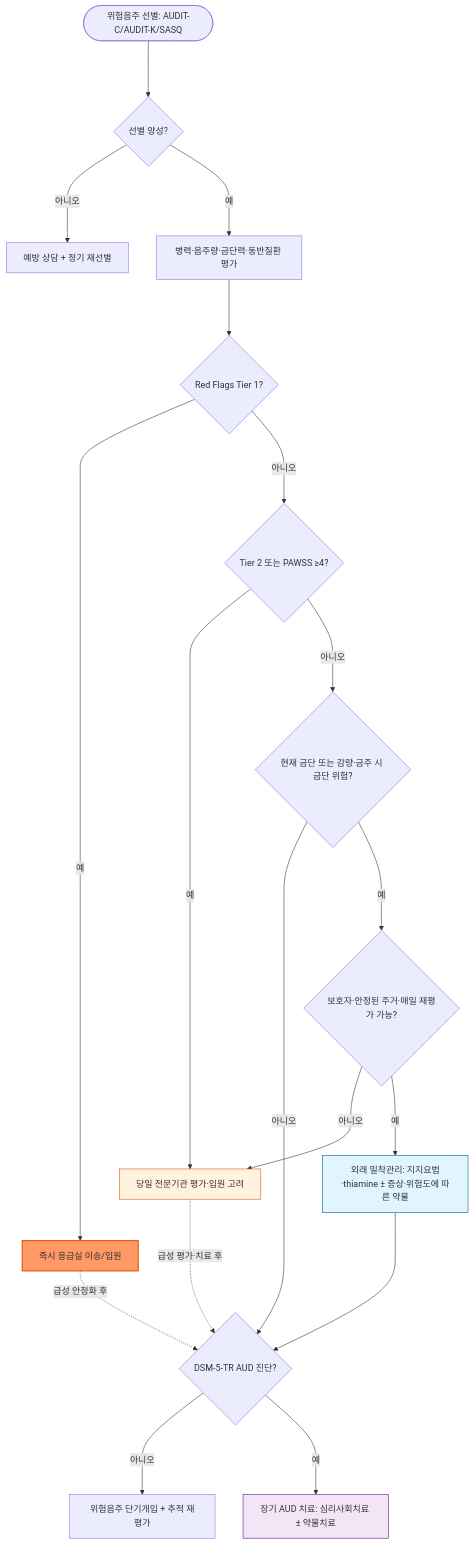
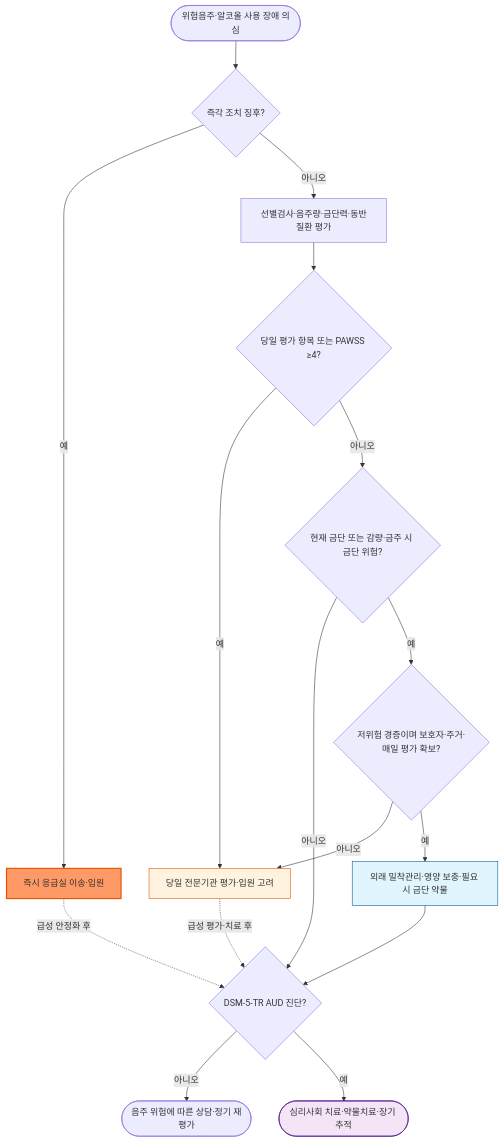
One commit to familyoh77/familyoh77 changed the diagram in 230_/189_-alcohol-use-disorder.md. Above: the diagram before and after it, drawn with Mermaid. The commit also changed other lines of this file and 16 other files, not shown here.

````diff
--- a/230_/189_-alcohol-use-disorder.md
+++ b/230_/189_-alcohol-use-disorder.md
@@ -283,25 +268,22 @@
 ```mermaid
-graph TD
-    A(["위험음주 선별: AUDIT-C/AUDIT-K/SASQ"]) ---> B{"선별 양성?"}
-    B -- 아니오 ---> C["예방 상담 + 정기 재선별"]
-    B -- 예 ---> D["병력·음주량·금단력·동반질환 평가"]
-    D ---> E{"Red Flags Tier 1?"}
-    E -- 예 ---> F["즉시 응급실 이송/입원"]
-    E -- 아니오 ---> G{"Tier 2 또는 PAWSS ≥4?"}
-    G -- 예 ---> H["당일 전문기관 평가·입원 고려"]
-    G -- 아니오 ---> N{"현재 금단 또는 감량·금주 시 금단 위험?"}
-    N -- 아니오 ---> L
-    N -- 예 ---> I{"보호자·안정된 주거·매일 재평가 가능?"}
-    I -- 아니오 ---> H
-    I -- 예 ---> J["외래 밀착관리: 지지요법·thiamine ± 증상·위험도에 따른 약물"]
-    F -. 급성 안정화 후 .-> L{"DSM-5-TR AUD 진단?"}
-    H -. 급성 평가·치료 후 .-> L
-    J ---> L
-    L -- 아니오 ---> M["위험음주 단기개입 + 추적 재평가"]
-    L -- 예 ---> K["장기 AUD 치료: 심리사회치료 ± 약물치료"]
-
+flowchart TD
+    A(["위험음주·알코올 사용 장애 의심"]) --> E{"즉각 조치 징후?"}
+    E -- "예" --> F["즉시 응급실 이송·입원"]
+    E -- "아니오" --> D["선별검사·음주량·금단력·동반질환 평가"]
+    D --> G{"당일 평가 항목 또는 PAWSS ≥4?"}
+    G -- "예" --> H["당일 전문기관 평가·입원 고려"]
+    G -- "아니오" --> N{"현재 금단 또는 감량·금주 시 금단 위험?"}
+    N -- "아니오" --> L
+    N -- "예" --> I{"저위험 경증이며 보호자·주거·매일 평가 확보?"}
+    I -- "아니오" --> H
+    I -- "예" --> J["외래 밀착관리·영양 보충·필요 시 금단 약물"]
+    F -. "급성 안정화 후" .-> L{"DSM-5-TR AUD 진단?"}
+    H -. "급성 평가·치료 후" .-> L
+    J --> L
+    L -- "아니오" --> M(["음주 위험에 따른 상담·정기 재평가"])
+    L -- "예" --> K(["심리사회 치료·약물치료·장기 추적"])
     style F fill:#f96,stroke:#e65100,stroke-width:2px
     style H fill:#fff3e0,stroke:#e65100
     style J fill:#e1f5fe,stroke:#01579b
     style K fill:#f3e5f5,stroke:#4a148c
 ```
````
